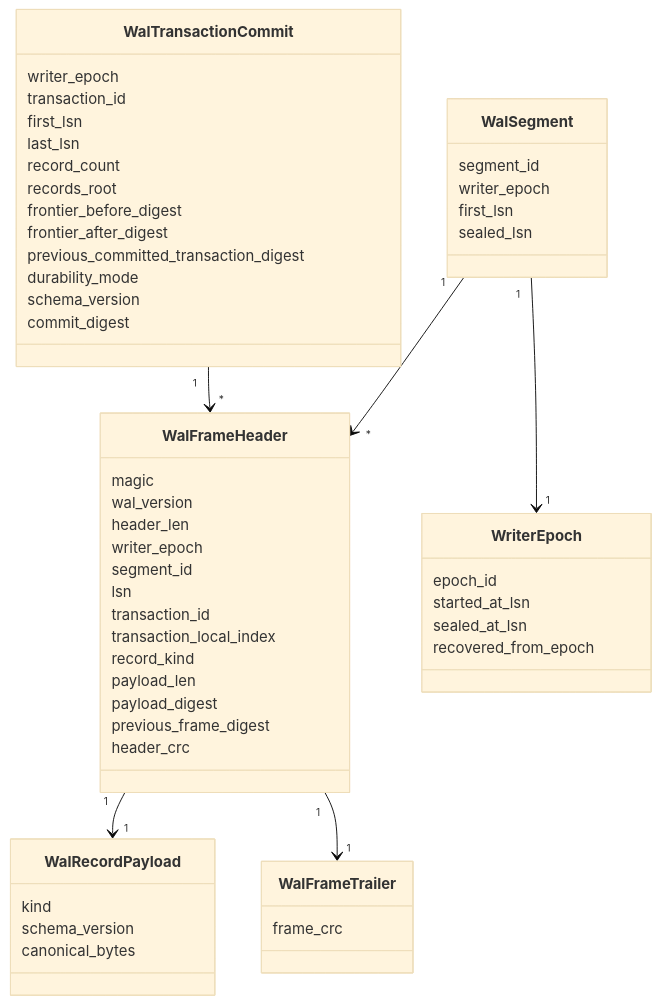
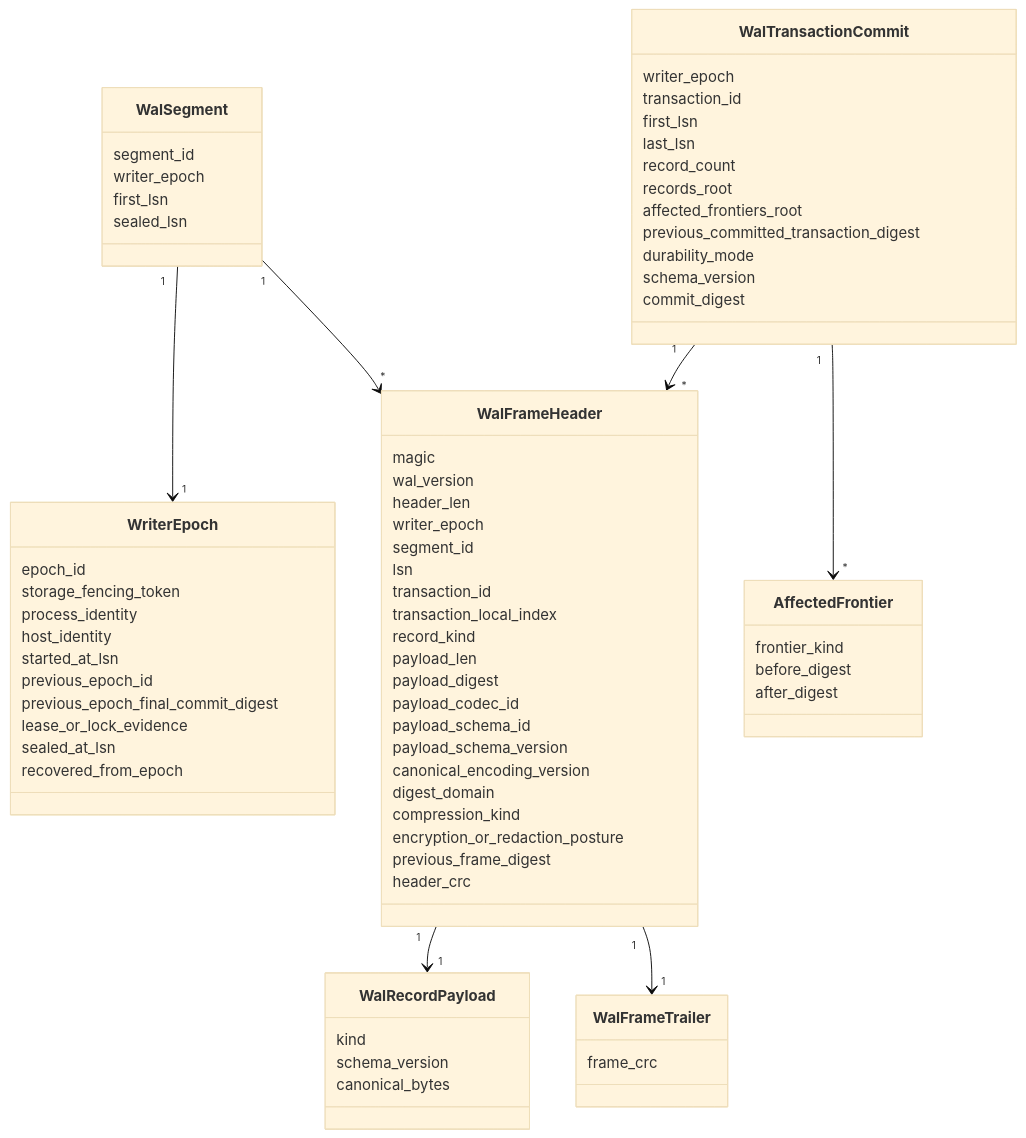
The seventh of 15 diagrams in docs/design/causal-wal-end-to-end.md (flyingrobots/echo), drawn with Mermaid (base theme) before and after one commit. The commit also changed other lines of this file and 4 other files, not shown here.

````diff
--- a/docs/design/causal-wal-end-to-end.md
+++ b/docs/design/causal-wal-end-to-end.md
@@ -285,63 +323,82 @@
 ```mermaid
 classDiagram
     class WalFrameHeader {
         magic
         wal_version
         header_len
         writer_epoch
         segment_id
         lsn
         transaction_id
         transaction_local_index
         record_kind
         payload_len
         payload_digest
+        payload_codec_id
+        payload_schema_id
+        payload_schema_version
+        canonical_encoding_version
+        digest_domain
+        compression_kind
+        encryption_or_redaction_posture
         previous_frame_digest
         header_crc
     }
 
     class WalFrameTrailer {
         frame_crc
     }
 
     class WalRecordPayload {
         kind
         schema_version
         canonical_bytes
     }
 
     class WalTransactionCommit {
         writer_epoch
         transaction_id
         first_lsn
         last_lsn
         record_count
         records_root
-        frontier_before_digest
-        frontier_after_digest
+        affected_frontiers_root
         previous_committed_transaction_digest
         durability_mode
         schema_version
         commit_digest
     }
 
     class WalSegment {
         segment_id
         writer_epoch
         first_lsn
         sealed_lsn
     }
 
     class WriterEpoch {
         epoch_id
+        storage_fencing_token
+        process_identity
+        host_identity
         started_at_lsn
+        previous_epoch_id
+        previous_epoch_final_commit_digest
+        lease_or_lock_evidence
         sealed_at_lsn
         recovered_from_epoch
+    }
+
+    class AffectedFrontier {
+        frontier_kind
+        before_digest
+        after_digest
     }
 
     WalSegment "1" --> "1" WriterEpoch
     WalSegment "1" --> "*" WalFrameHeader
     WalFrameHeader "1" --> "1" WalRecordPayload
     WalFrameHeader "1" --> "1" WalFrameTrailer
     WalTransactionCommit "1" --> "*" WalFrameHeader
+    WalTransactionCommit "1" --> "*" AffectedFrontier
 ```
````
